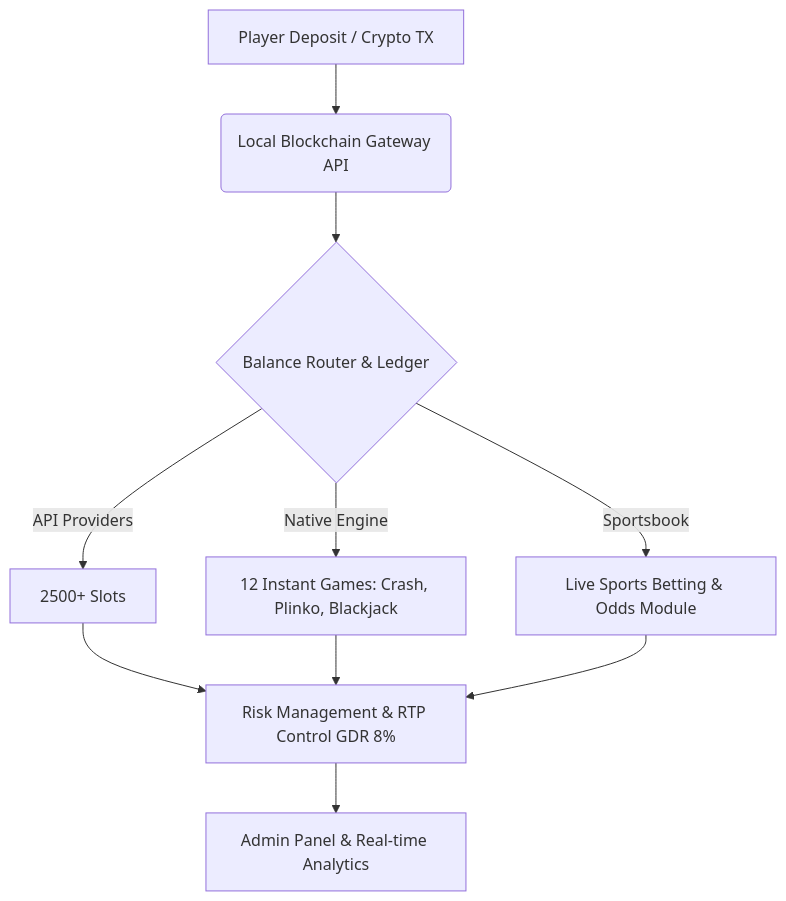
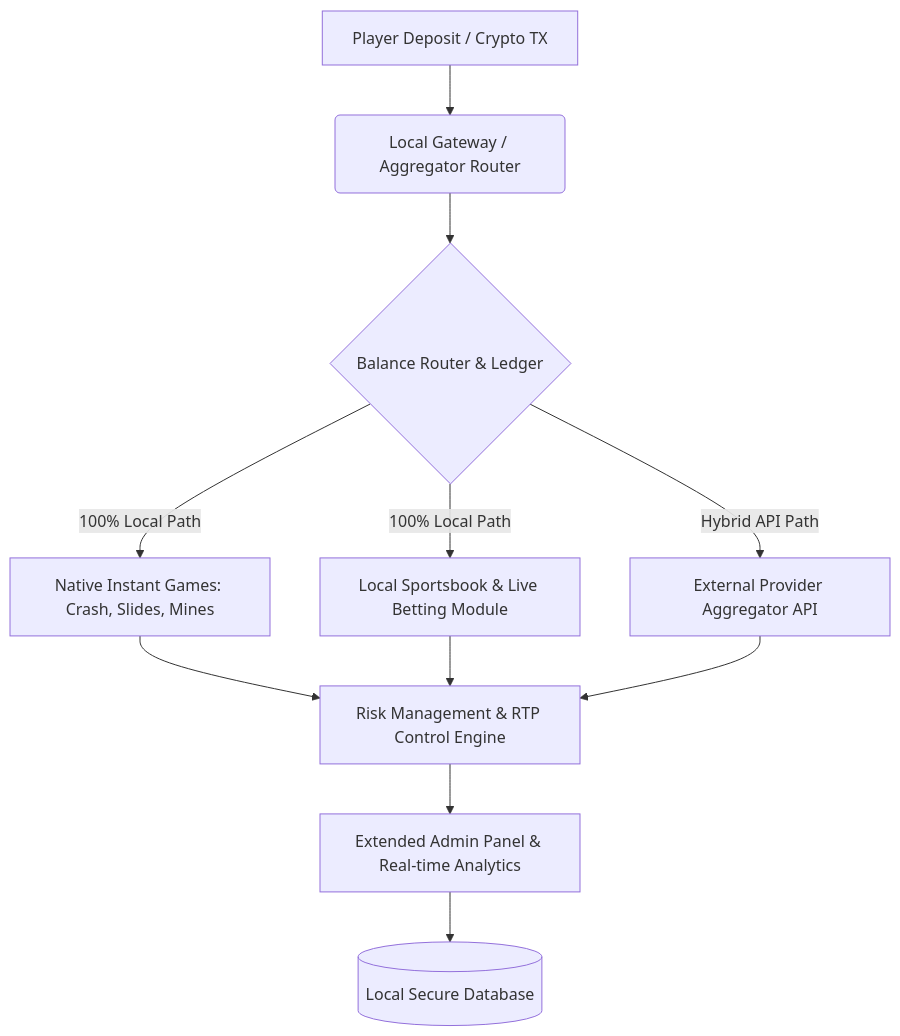
One commit to Code-Core-Next-Gen-Gaming-AI-Systems/goldsvet-casino-open-source-engine changed the diagram in README.md. Above: the diagram before and after it, drawn with Mermaid. The commit also changed other lines of this file, not shown here.

````diff
--- a/README.md
+++ b/README.md
@@ -38,12 +58,13 @@
 ```mermaid
 graph TD
-    A[Player Deposit / Crypto TX] --> B(Local Blockchain Gateway API)
+    A[Player Deposit / Crypto TX] --> B(Local Gateway / Aggregator Router)
     B --> C{Balance Router & Ledger}
-    C -->|API Providers| D[2500+ Slots]
-    C -->|Native Engine| E[12 Instant Games: Crash, Plinko, Blackjack]
-    C -->|Sportsbook| F[Live Sports Betting & Odds Module]
-    D --> G[Risk Management & RTP Control GDR 8%]
+    C -->|100% Local Path| D[Native Instant Games: Crash, Slides, Mines]
+    C -->|100% Local Path| E[Local Sportsbook & Live Betting Module]
+    C -->|Hybrid API Path| F[External Provider Aggregator API]
+    D --> G[Risk Management & RTP Control Engine]
     E --> G
     F --> G
-    G --> H[Admin Panel & Real-time Analytics]
+    G --> H[Extended Admin Panel & Real-time Analytics]
+    H --> I[(Local Secure Database)]
 ```
````
